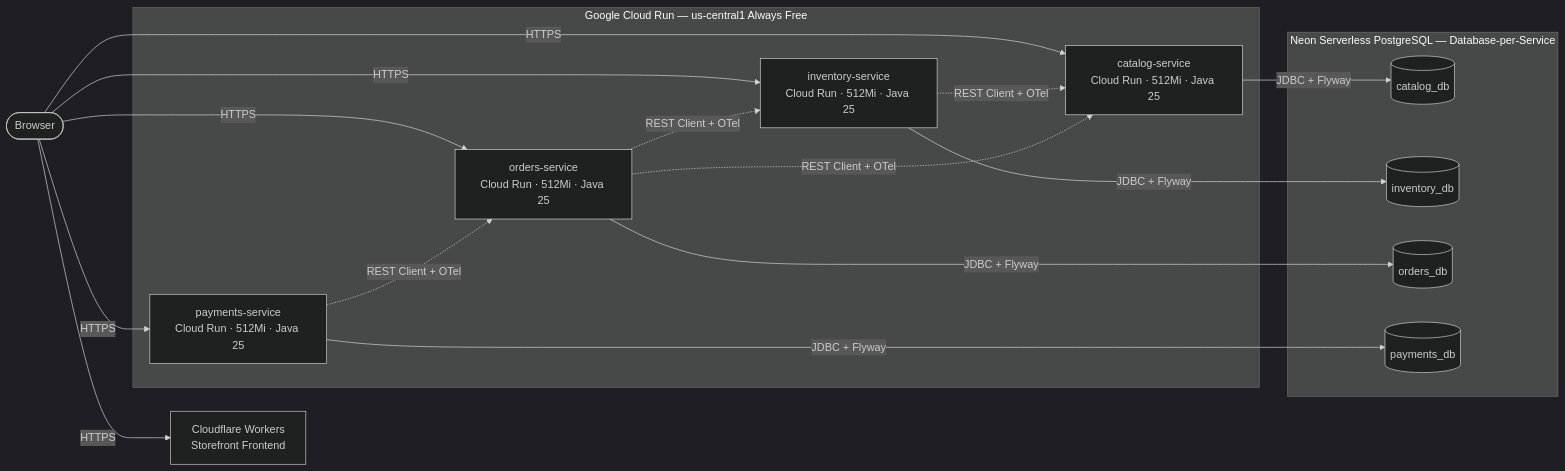
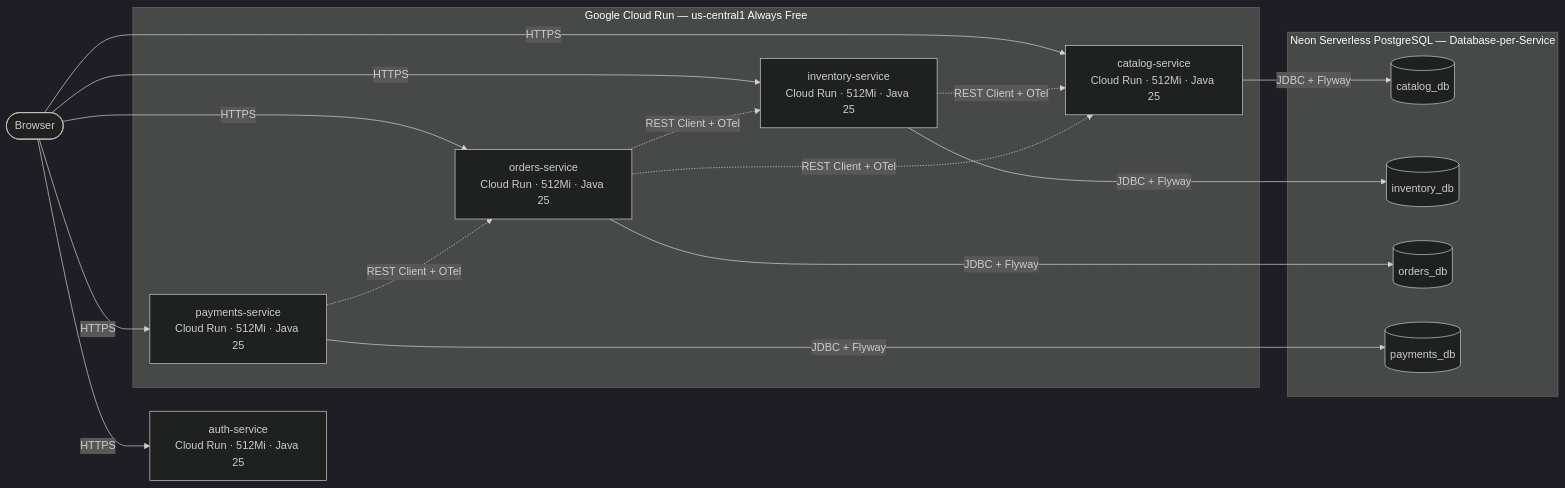
The diagram in README.md (gbolanoscruz/quantum-store-poc), drawn with Mermaid (dark theme) before and after one commit. The commit also changed other lines of this file and 1 other file, not shown here.

Commit message:
docs: document auth-service, JWT sessions, and Google Sign-In across repo docs

````diff
--- a/README.md
+++ b/README.md
@@ -11,27 +11,27 @@
 ```mermaid
 flowchart LR
-    User([Browser]) -->|HTTPS| CF[Cloudflare Workers<br/>Storefront Frontend]
+    User([Browser]) -->|HTTPS| Auth[auth-service<br/>Cloud Run · 512Mi · Java 25]
     User -->|HTTPS| Catalog[catalog-service<br/>Cloud Run · 512Mi · Java 25]
     User -->|HTTPS| Inventory[inventory-service<br/>Cloud Run · 512Mi · Java 25]
     User -->|HTTPS| Orders[orders-service<br/>Cloud Run · 512Mi · Java 25]
     User -->|HTTPS| Payments[payments-service<br/>Cloud Run · 512Mi · Java 25]
 
     subgraph GCP [Google Cloud Run — us-central1 Always Free]
         Inventory -.->|REST Client + OTel| Catalog
         Orders -.->|REST Client + OTel| Catalog
         Orders -.->|REST Client + OTel| Inventory
         Payments -.->|REST Client + OTel| Orders
     end
 
     subgraph Neon [Neon Serverless PostgreSQL — Database-per-Service]
         CatalogDB[(catalog_db)]
         InventoryDB[(inventory_db)]
         OrdersDB[(orders_db)]
         PaymentsDB[(payments_db)]
     end
 
     Catalog -->|JDBC + Flyway| CatalogDB
     Inventory -->|JDBC + Flyway| InventoryDB
     Orders -->|JDBC + Flyway| OrdersDB
     Payments -->|JDBC + Flyway| PaymentsDB
 ```
````
